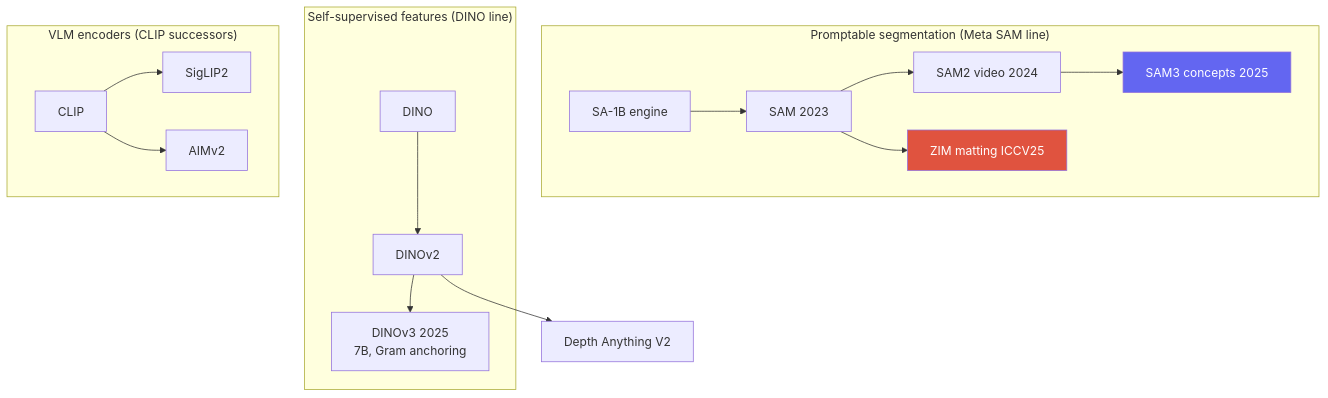
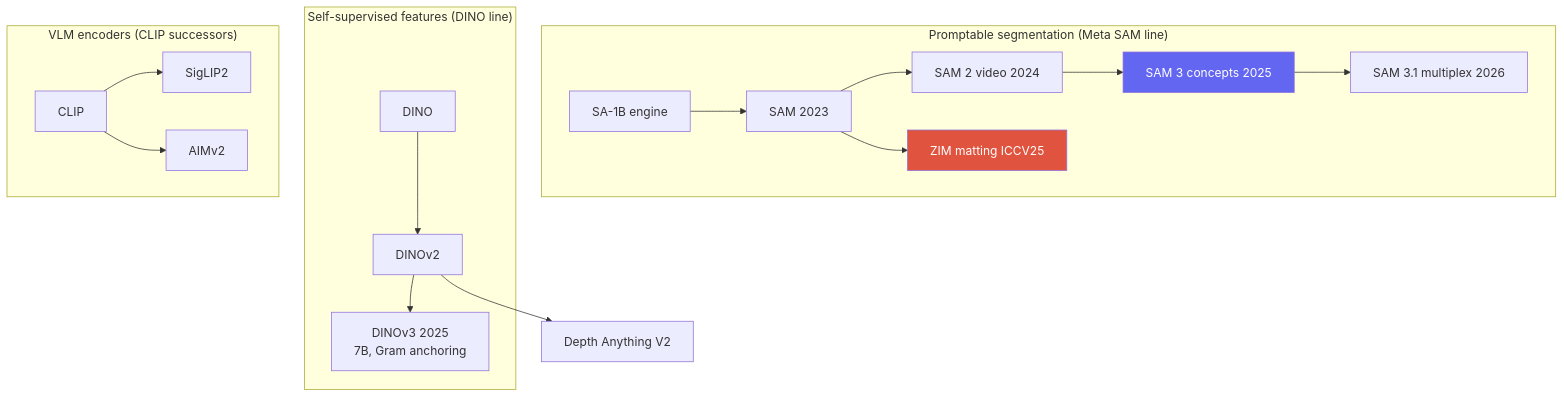
Before and after one commit to beomyoung-kim/ml_study: the first of 2 diagrams in content/cv/foundation-models.ko.md, drawn with Mermaid. The commit also changed other lines of this file and 209 other files, not shown here.

````diff
--- a/content/cv/foundation-models.ko.md
+++ b/content/cv/foundation-models.ko.md
@@ -12,16 +49,16 @@
 ```mermaid
 flowchart TB
   subgraph seg ["Promptable segmentation (Meta SAM line)"]
-    SA1B[SA-1B engine] --> SAM[SAM 2023] --> SAM2[SAM2 video 2024] --> SAM3[SAM3 concepts 2025]
+    SA1B[SA-1B engine] --> SAM[SAM 2023] --> SAM2[SAM 2 video 2024] --> SAM3[SAM 3 concepts 2025] --> SAM31[SAM 3.1 multiplex 2026]
     SAM --> ZIM[ZIM matting ICCV25]
   end
   subgraph feat ["Self-supervised features (DINO line)"]
     DINO --> DINOv2 --> DINOv3["DINOv3 2025\n7B, Gram anchoring"]
   end
   subgraph enc ["VLM encoders (CLIP successors)"]
     CLIP --> SigLIP2 & AIMv2
   end
   DINOv2 --> DA[Depth Anything V2]
   style ZIM fill:#e0533f,color:#fff
   style SAM3 fill:#6366f1,color:#fff
 ```
````
